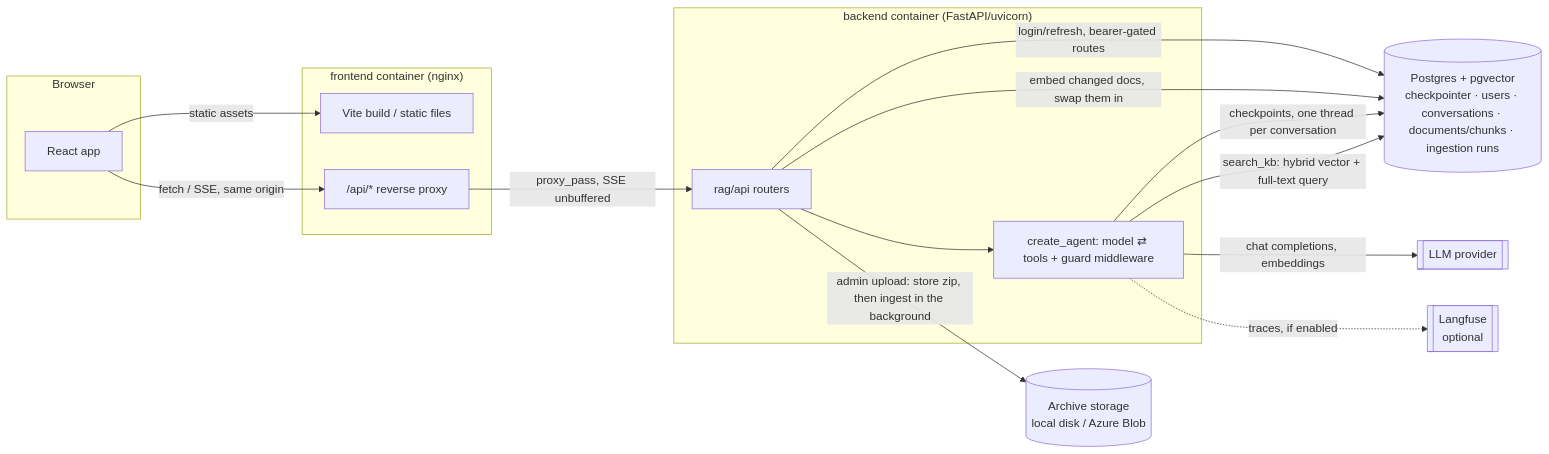
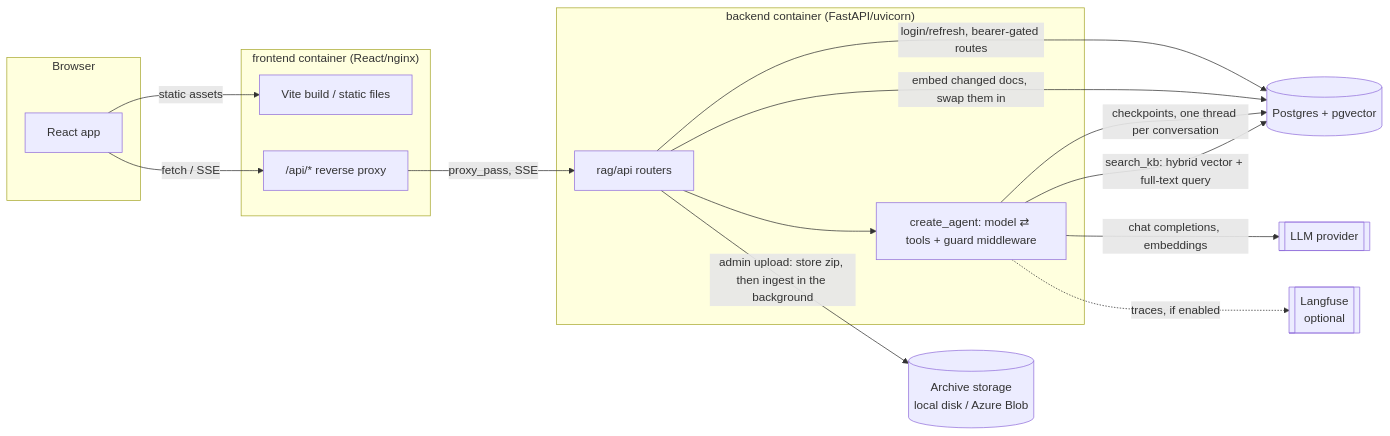
One commit to hadifar/rag changed the first of 4 diagrams in docs/architecture.md. Above: the diagram before and after it, drawn with Mermaid. The commit also changed other lines of this file and 9 other files, not shown here.

Commit message:
docs: enhance documentation with new auth and services sections; update architecture details

````diff
--- a/docs/architecture.md
+++ b/docs/architecture.md
@@ -9,33 +8,33 @@
 ```mermaid
 graph LR
     subgraph browser[Browser]
         ui[React app]
     end
 
-    subgraph frontendc["frontend container (nginx)"]
+    subgraph frontendc["frontend container (React/nginx)"]
         static[Vite build / static files]
         proxy["/api/* reverse proxy"]
     end
 
     subgraph backendc["backend container (FastAPI/uvicorn)"]
         api[rag/api routers]
         langgraph["create_agent: model ⇄ tools + guard middleware"]
     end
 
-    postgres[(Postgres + pgvector<br/>checkpointer · users · conversations · documents/chunks · ingestion runs)]
+    postgres[(Postgres + pgvector)]
     archives[(Archive storage<br/>local disk / Azure Blob)]
     llm[[LLM provider]]
     langfuse[[Langfuse<br/>optional]]
 
     ui -->|static assets| static
-    ui -->|"fetch / SSE, same origin"| proxy
-    proxy -->|"proxy_pass, SSE unbuffered"| api
+    ui -->|"fetch / SSE"| proxy
+    proxy -->|"proxy_pass, SSE"| api
     api -->|"login/refresh, bearer-gated routes"| postgres
     api -->|"admin upload: store zip, then ingest in the background"| archives
     api -->|"embed changed docs, swap them in"| postgres
     api --> langgraph
     langgraph -->|checkpoints, one thread per conversation| postgres
     langgraph -->|search_kb: hybrid vector + full-text query| postgres
     langgraph -->|chat completions, embeddings| llm
     langgraph -.->|traces, if enabled| langfuse
 ```
````
